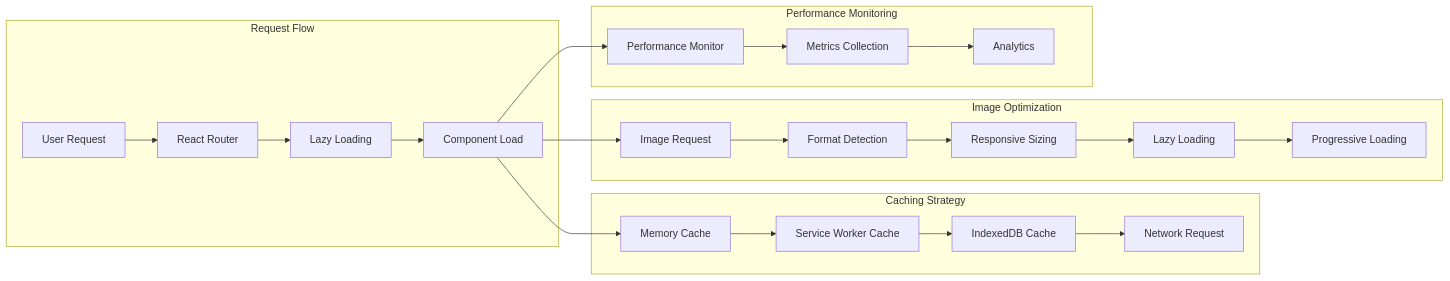
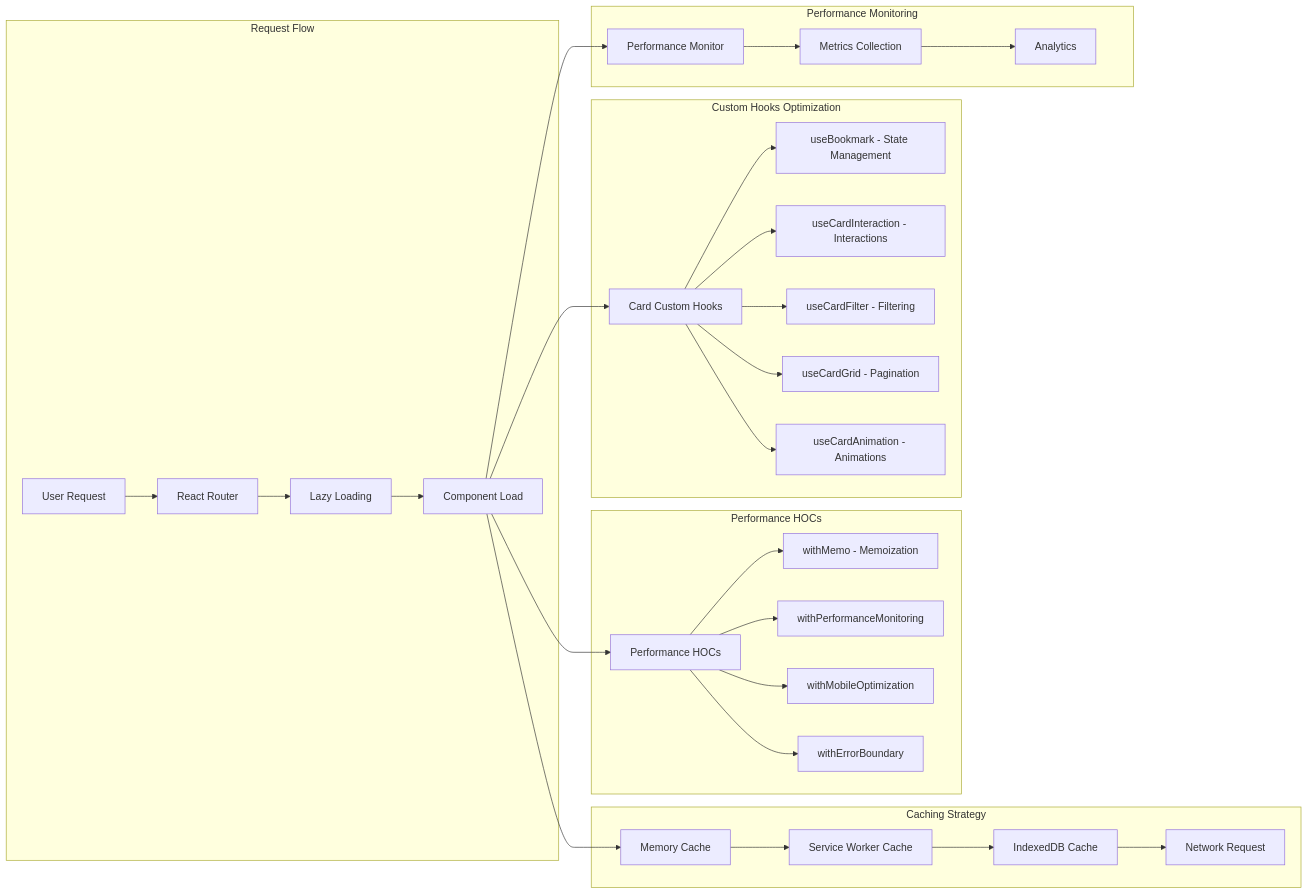
The fifth of 11 diagrams in ARCHITECTURE_DIAGRAM.md (parnamail/abc-racing), drawn with Mermaid before and after one commit. The commit also changed other lines of this file, not shown here.

Commit message:
Architecture diagram updated

````diff
--- a/ARCHITECTURE_DIAGRAM.md
+++ b/ARCHITECTURE_DIAGRAM.md
@@ -218,29 +290,38 @@
 ```mermaid
 flowchart LR
     subgraph "Request Flow"
         User[User Request] --> Router[React Router]
         Router --> LazyLoad[Lazy Loading]
         LazyLoad --> Component[Component Load]
+    end
+
+    subgraph "Performance HOCs"
+        Component --> PerformanceHOCs[Performance HOCs]
+        PerformanceHOCs --> withMemo[withMemo - Memoization]
+        PerformanceHOCs --> withPerformanceMonitoring[withPerformanceMonitoring]
+        PerformanceHOCs --> withMobileOptimization[withMobileOptimization]
+        PerformanceHOCs --> withErrorBoundary[withErrorBoundary]
+    end
+
+    subgraph "Custom Hooks Optimization"
+        Component --> CardHooks[Card Custom Hooks]
+        CardHooks --> useBookmark[useBookmark - State Management]
+        CardHooks --> useCardInteraction[useCardInteraction - Interactions]
+        CardHooks --> useCardFilter[useCardFilter - Filtering]
+        CardHooks --> useCardGrid[useCardGrid - Pagination]
+        CardHooks --> useCardAnimation[useCardAnimation - Animations]
     end
 
     subgraph "Caching Strategy"
         Component --> MemoryCache[Memory Cache]
         MemoryCache --> ServiceWorkerCache[Service Worker Cache]
         ServiceWorkerCache --> IndexedDBCache[IndexedDB Cache]
         IndexedDBCache --> NetworkRequest[Network Request]
     end
 
-    subgraph "Image Optimization"
-        Component --> ImageRequest[Image Request]
-        ImageRequest --> FormatDetection[Format Detection]
-        FormatDetection --> ResponsiveSizing[Responsive Sizing]
-        ResponsiveSizing --> LazyLoading[Lazy Loading]
-        LazyLoading --> ProgressiveLoad[Progressive Loading]
-    end
-
     subgraph "Performance Monitoring"
         Component --> PerformanceMonitor[Performance Monitor]
         PerformanceMonitor --> MetricsCollection[Metrics Collection]
         MetricsCollection --> Analytics[Analytics]
     end
 ```
````
